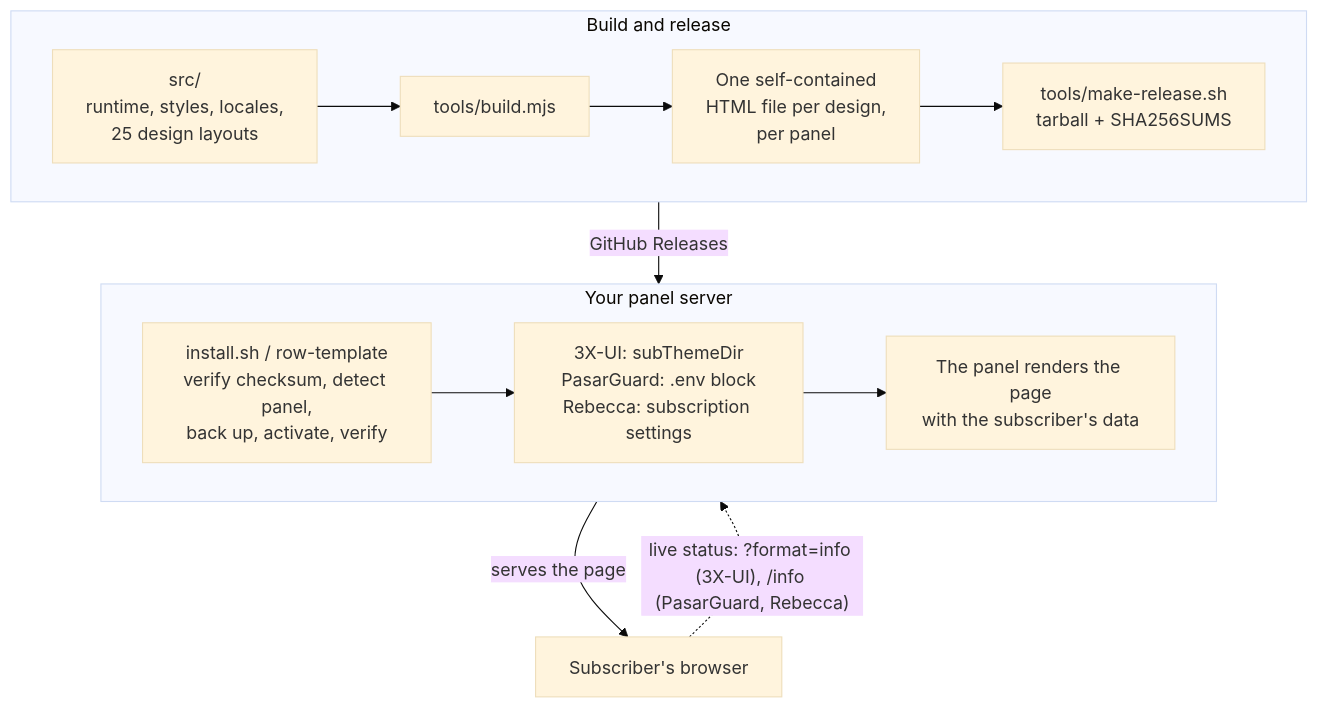
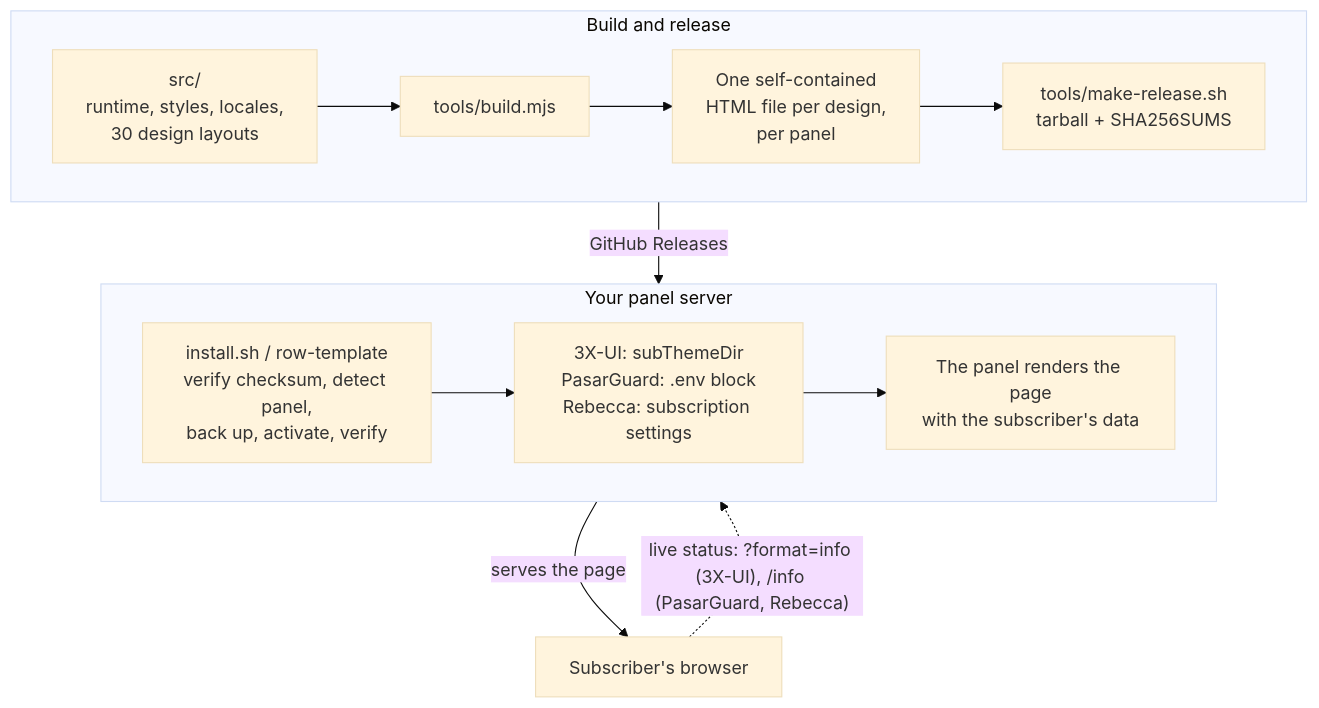
The diagram in README.md (zarkmakerburg/Gold-Template), drawn with Mermaid (base theme) before and after one commit. The commit also changed other lines of this file, not shown here.

````diff
--- a/README.md
+++ b/README.md
@@ -161,17 +171,17 @@
 ```mermaid
 flowchart TB
   subgraph build ["Build and release"]
     direction LR
-    SRC["src/<br/>runtime, styles, locales,<br/>25 design layouts"] --> BUILD["tools/build.mjs"]
+    SRC["src/<br/>runtime, styles, locales,<br/>30 design layouts"] --> BUILD["tools/build.mjs"]
     BUILD --> ART["One self-contained<br/>HTML file per design,<br/>per panel"]
     ART --> REL["tools/make-release.sh<br/>tarball + SHA256SUMS"]
   end
   subgraph host ["Your panel server"]
     direction LR
     INST["install.sh / row-template<br/>verify checksum, detect panel,<br/>back up, activate, verify"] --> DIR["3X-UI: subThemeDir<br/>PasarGuard: .env block<br/>Rebecca: subscription settings"]
     DIR --> XUI["The panel renders the page<br/>with the subscriber's data"]
   end
   build -- "GitHub Releases" --> host
   host -- "serves the page" --> BROWSER["Subscriber's browser"]
   BROWSER -. "live status: ?format=info (3X-UI), /info (PasarGuard, Rebecca)" .-> host
 ```
````
